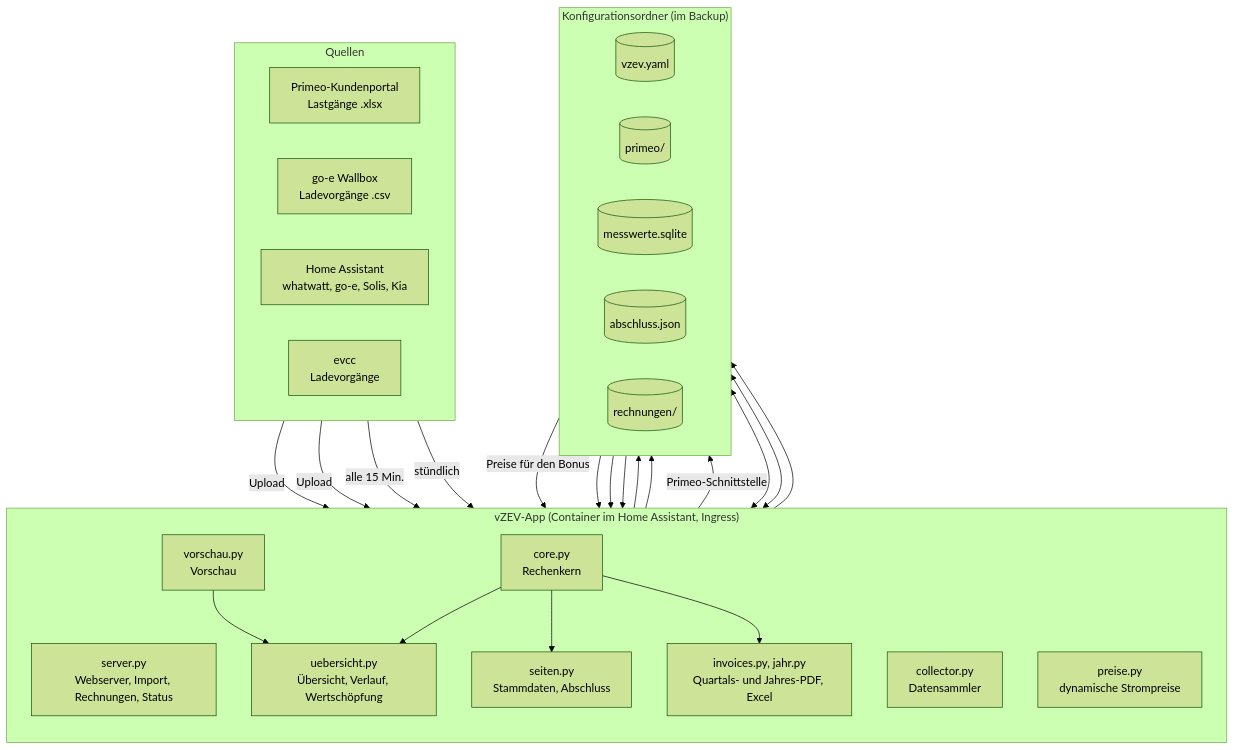
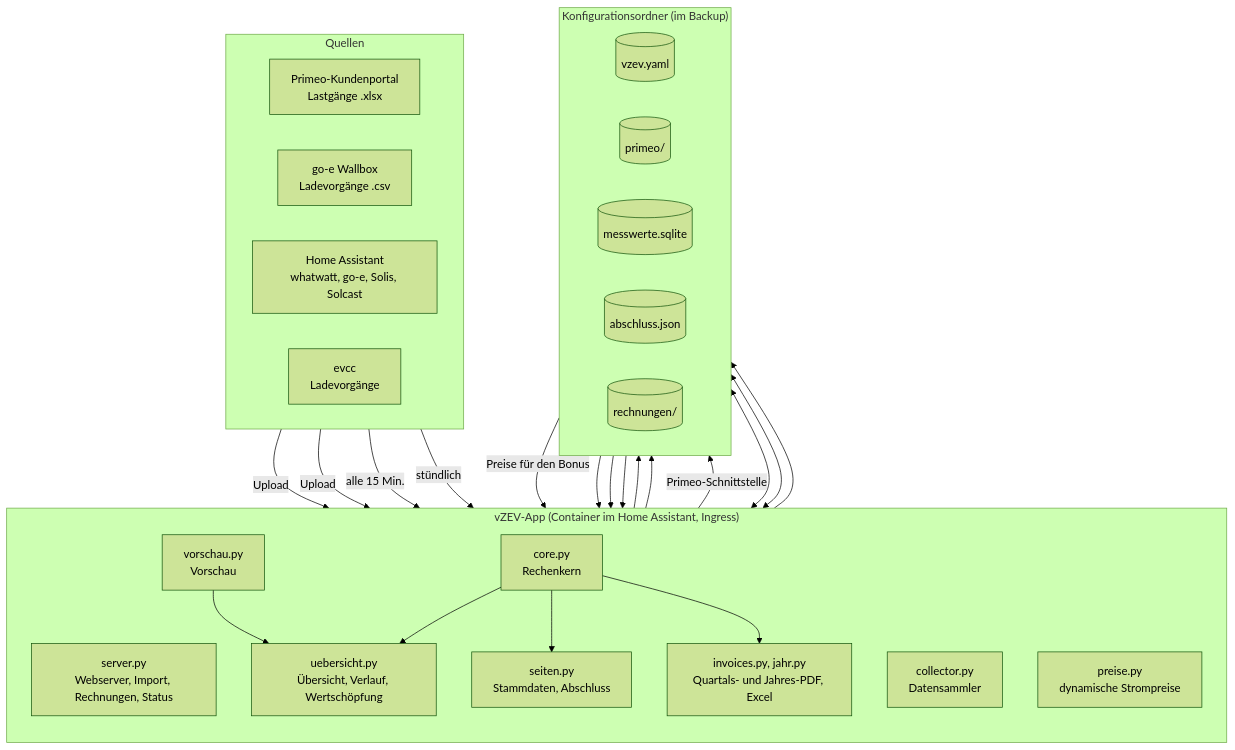
One commit to khu1985/vzev-ha changed the diagram in docs/architektur.mmd. Above: the diagram before and after it, drawn with Mermaid (forest theme). The commit also changed 16 other files, not shown here.

```diff
--- a/docs/architektur.mmd
+++ b/docs/architektur.mmd
@@ -1,45 +1,45 @@
 flowchart TB
     subgraph Quellen
         direction LR
         P["Primeo-Kundenportal<br/>Lastgänge .xlsx"]
         W["go-e Wallbox<br/>Ladevorgänge .csv"]
-        HA["Home Assistant<br/>whatwatt, go-e, Solis, Kia"]
+        HA["Home Assistant<br/>whatwatt, go-e, Solis, Solcast"]
         E["evcc<br/>Ladevorgänge"]
     end
 
     subgraph App["vZEV-App (Container im Home Assistant, Ingress)"]
         direction TB
         S["server.py<br/>Webserver, Import, Rechnungen, Status"]
         CO["collector.py<br/>Datensammler"]
         C["core.py<br/>Rechenkern"]
         V["vorschau.py<br/>Vorschau"]
         U["uebersicht.py<br/>Übersicht, Verlauf, Wertschöpfung"]
         SE["seiten.py<br/>Stammdaten, Abschluss"]
         I["invoices.py, jahr.py<br/>Quartals- und Jahres-PDF, Excel"]
         PZ["preise.py<br/>dynamische Strompreise"]
     end
 
     subgraph Daten["Konfigurationsordner (im Backup)"]
         direction LR
         Y[("vzev.yaml")]
         PR[("primeo/")]
         DB[("messwerte.sqlite")]
         AB[("abschluss.json")]
         R[("rechnungen/")]
     end
 
     P & W -- Upload --> S --> PR
     HA -- "alle 15 Min." --> CO
     E -- stündlich --> CO
     CO --> DB
     PZ -- "Primeo-Schnittstelle" --> DB
     DB -- "Preise für den Bonus" --> C
     PR --> C
     Y --> C
     DB --> V
     C --> U
     V --> U
     C --> SE
     SE <--> Y
     SE <--> AB
     C --> I --> R
```
